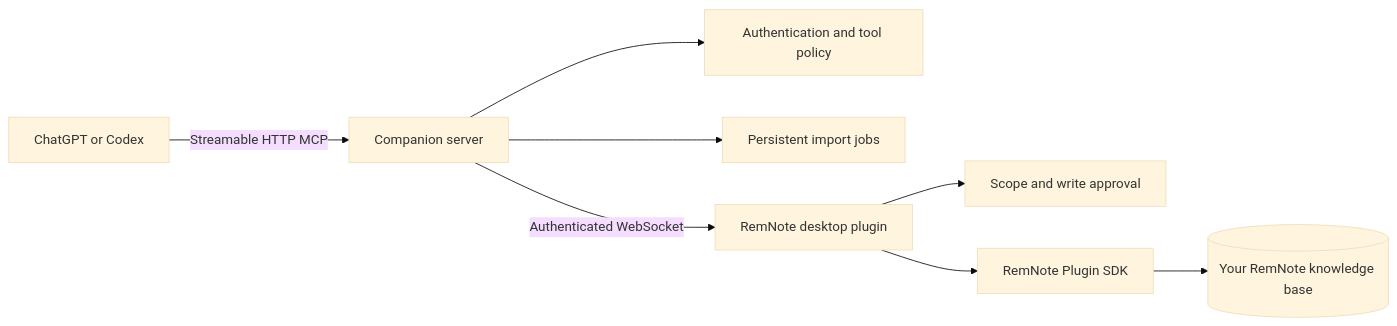
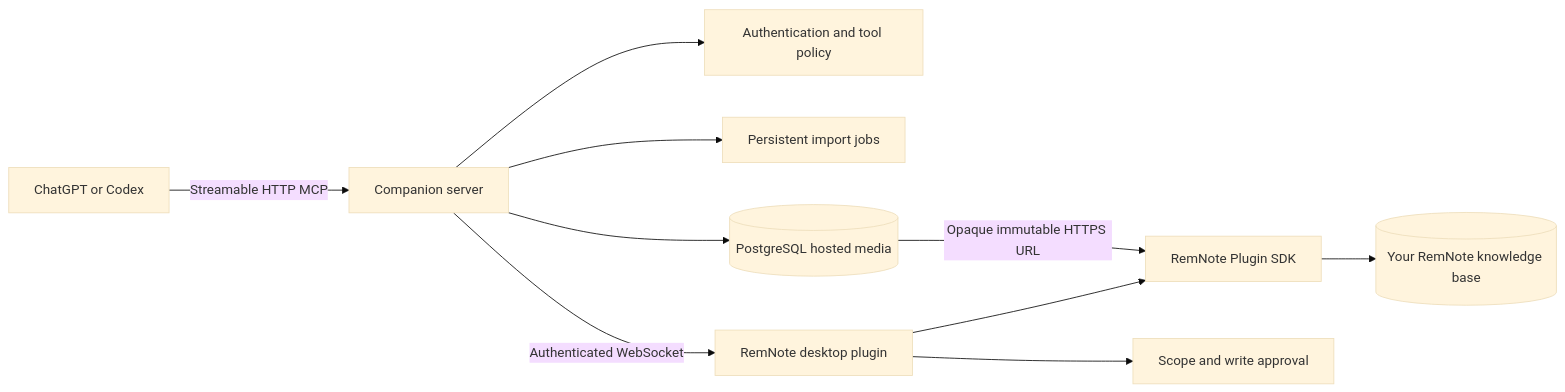
Before and after one commit to HTGit63/remnote-plugin-template-react: the diagram in README.md, drawn with Mermaid (base theme). The commit also changed other lines of this file and 59 other files, not shown here.

Commit message:
feat: reconcile production auth and hosted media

````diff
--- a/README.md
+++ b/README.md
@@ -26,10 +35,12 @@
 ```mermaid
 flowchart LR
   A[ChatGPT or Codex] -->|Streamable HTTP MCP| B[Companion server]
   B --> C[Authentication and tool policy]
   B --> D[Persistent import jobs]
+  B --> I[(PostgreSQL hosted media)]
+  I -->|Opaque immutable HTTPS URL| G
   B -->|Authenticated WebSocket| E[RemNote desktop plugin]
   E --> F[Scope and write approval]
   E --> G[RemNote Plugin SDK]
   G --> H[(Your RemNote knowledge base)]
 ```
````
